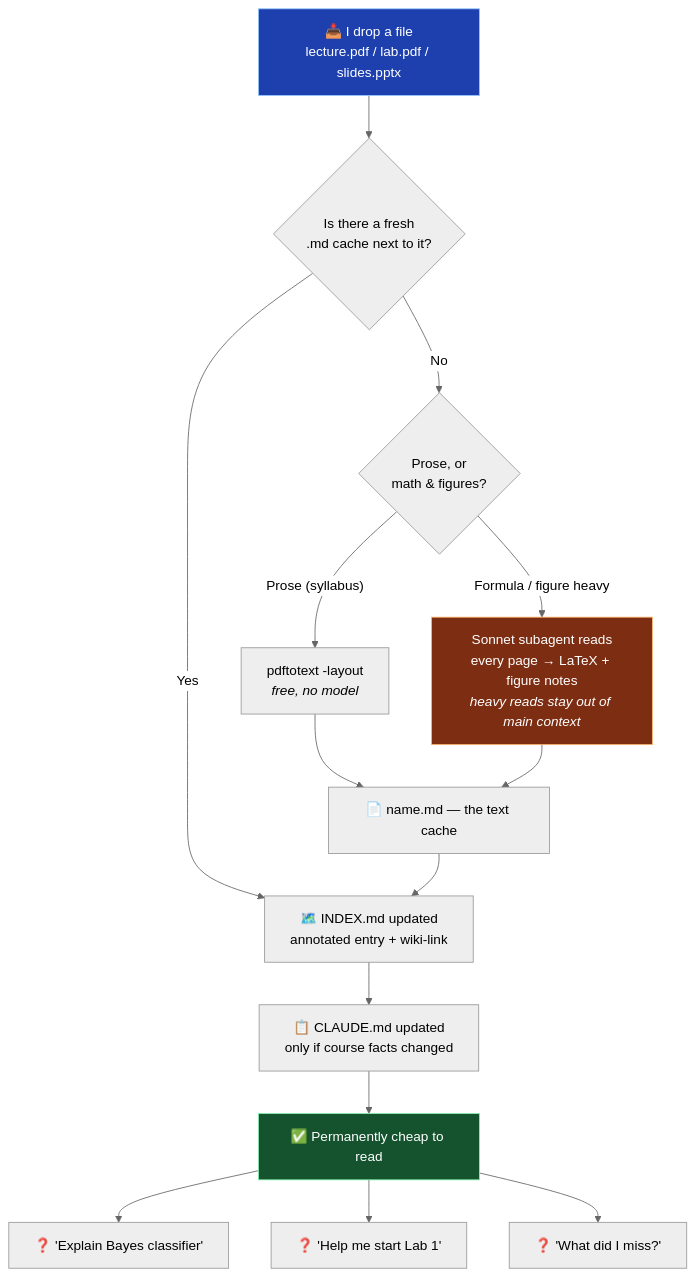
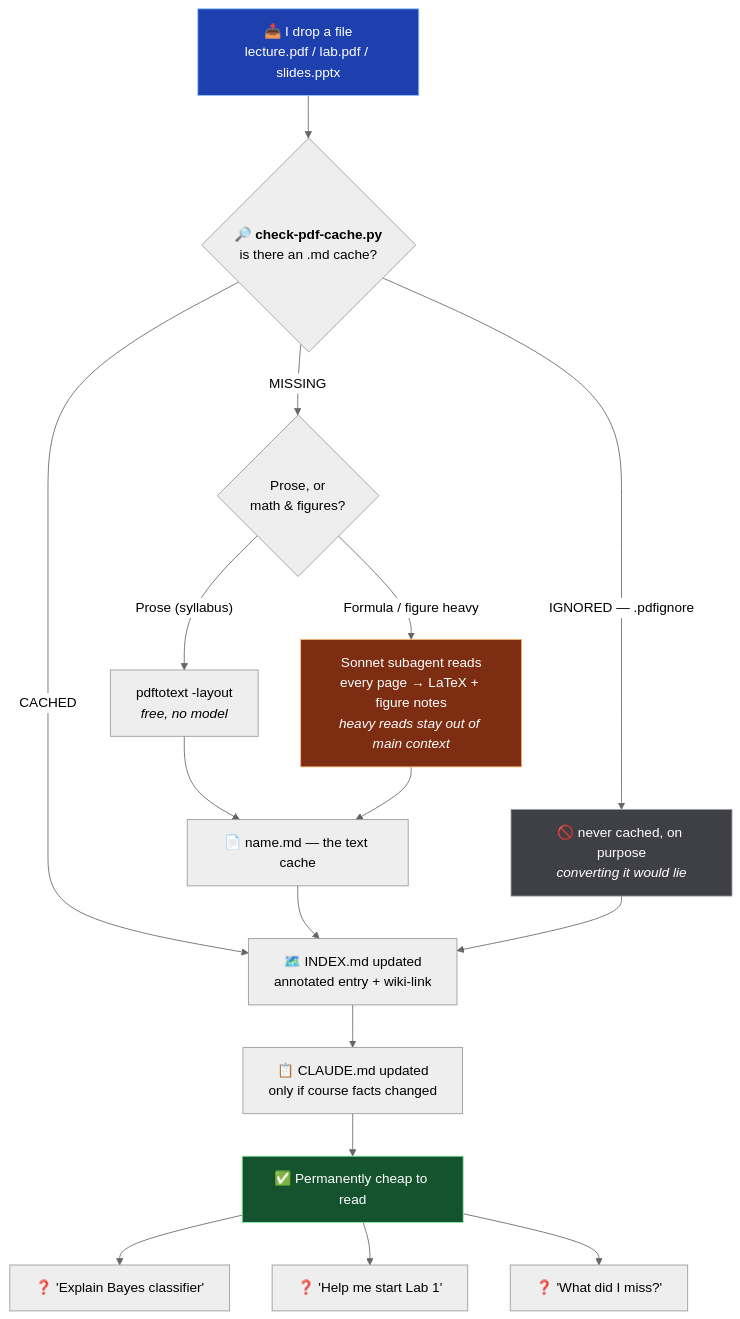
One commit to jakkarin-promsee/kmutt-y3-s1 changed the second of 3 diagrams in README.md. Above: the diagram before and after it, drawn with Mermaid (neutral theme). The commit also changed other lines of this file and 11 other files, not shown here.

````diff
--- a/README.md
+++ b/README.md
@@ -96,21 +96,24 @@
 ```mermaid
 flowchart TD
-    A["📥 I drop a file<br/>lecture.pdf / lab.pdf / slides.pptx"] --> B{"Is there a fresh<br/>.md cache next to it?"}
-    B -->|Yes| G
-    B -->|No| C{"Prose, or<br/>math &amp; figures?"}
+    A["📥 I drop a file<br/>lecture.pdf / lab.pdf / slides.pptx"] --> B{"🔎 <b>check-pdf-cache.py</b><br/>is there an .md cache?"}
+    B -->|"CACHED"| G
+    B -->|"IGNORED — .pdfignore"| X["🚫 never cached, on purpose<br/><i>converting it would lie</i>"]
+    B -->|"MISSING"| C{"Prose, or<br/>math &amp; figures?"}
     C -->|"Prose (syllabus)"| D["pdftotext -layout<br/><i>free, no model</i>"]
     C -->|"Formula / figure heavy"| E["Sonnet subagent reads<br/>every page → LaTeX + figure notes<br/><i>heavy reads stay out of main context</i>"]
     D --> F["📄 name.md — the text cache"]
     E --> F
     F --> G["🗺️ INDEX.md updated<br/>annotated entry + wiki-link"]
+    X --> G
     G --> H["📋 CLAUDE.md updated<br/>only if course facts changed"]
     H --> I["✅ Permanently cheap to read"]
 
     I --> Q1["❓ 'Explain Bayes classifier'"]
     I --> Q2["❓ 'Help me start Lab 1'"]
     I --> Q3["❓ 'What did I miss?'"]
 
     style A fill:#1e40af,stroke:#93c5fd,color:#fff
     style E fill:#7c2d12,stroke:#fdba74,color:#fff
+    style X fill:#3f3f46,stroke:#a1a1aa,color:#fff
     style I fill:#14532d,stroke:#86efac,color:#fff
 ```
````
